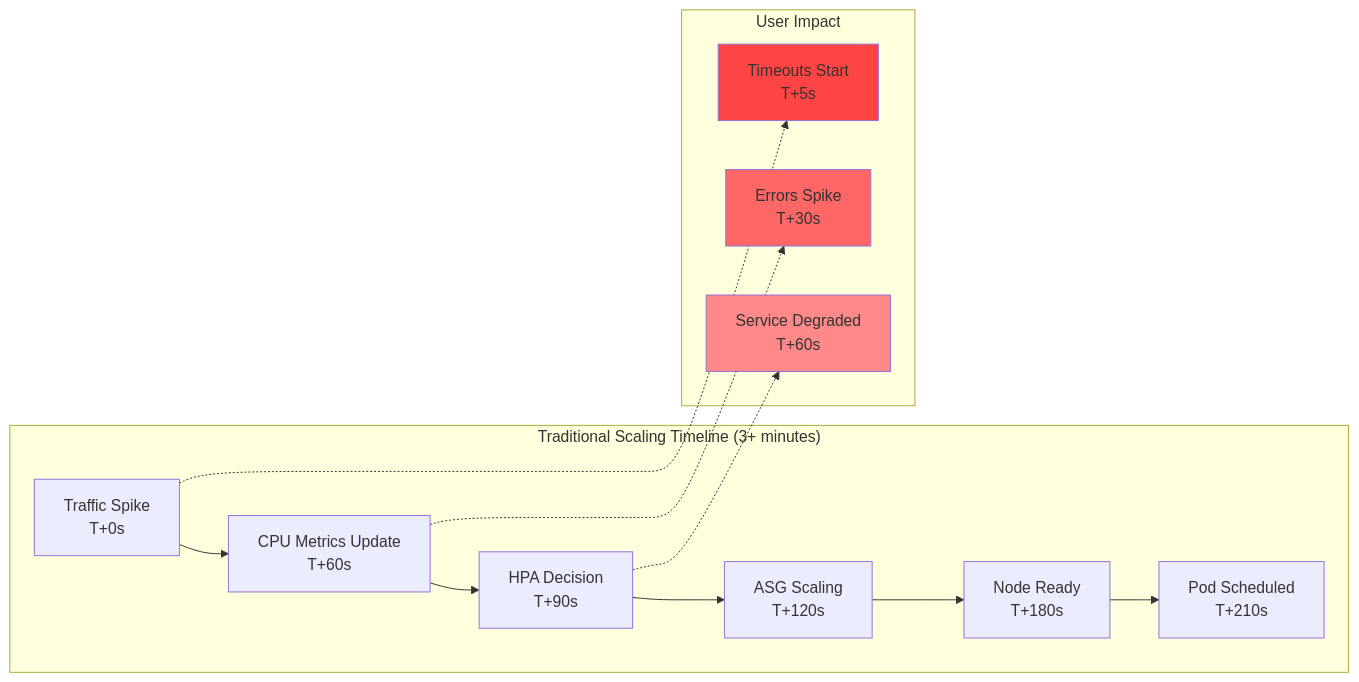
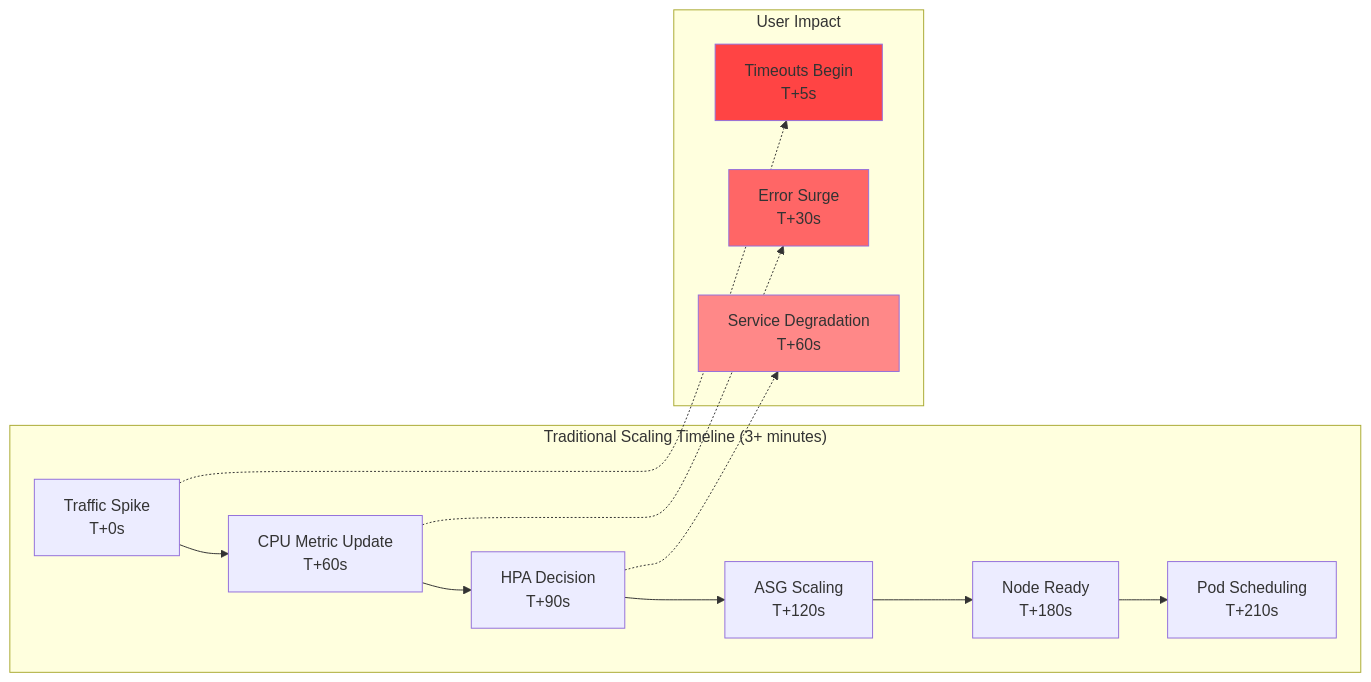
Before and after one commit to devfloor9/engineering-playbook: the third of 33 diagrams in i18n/en/docusaurus-plugin-content-docs/current/infrastructure-optimization/karpenter-autoscaling.md, drawn with Mermaid. The commit also changed other lines of this file and 43 other files, not shown here.

````diff
--- a/i18n/en/docusaurus-plugin-content-docs/current/infrastructure-optimization/karpenter-autoscaling.md
+++ b/i18n/en/docusaurus-plugin-content-docs/current/infrastructure-optimization/karpenter-autoscaling.md
@@ -30,25 +259,25 @@
 ```mermaid
 graph LR
     subgraph "Traditional Scaling Timeline (3+ minutes)"
-        T1[Traffic Spike<br/>T+0s] --> T2[CPU Metrics Update<br/>T+60s]
+        T1[Traffic Spike<br/>T+0s] --> T2[CPU Metric Update<br/>T+60s]
         T2 --> T3[HPA Decision<br/>T+90s]
         T3 --> T4[ASG Scaling<br/>T+120s]
         T4 --> T5[Node Ready<br/>T+180s]
-        T5 --> T6[Pod Scheduled<br/>T+210s]
+        T5 --> T6[Pod Scheduling<br/>T+210s]
     end
 
     subgraph "User Impact"
-        I1[Timeouts Start<br/>T+5s]
-        I2[Errors Spike<br/>T+30s]
-        I3[Service Degraded<br/>T+60s]
+        I1[Timeouts Begin<br/>T+5s]
+        I2[Error Surge<br/>T+30s]
+        I3[Service Degradation<br/>T+60s]
     end
 
     T1 -.-> I1
     T2 -.-> I2
     T3 -.-> I3
 
     style I1 fill:#ff4444
     style I2 fill:#ff6666
     style I3 fill:#ff8888
 
 ```
````
